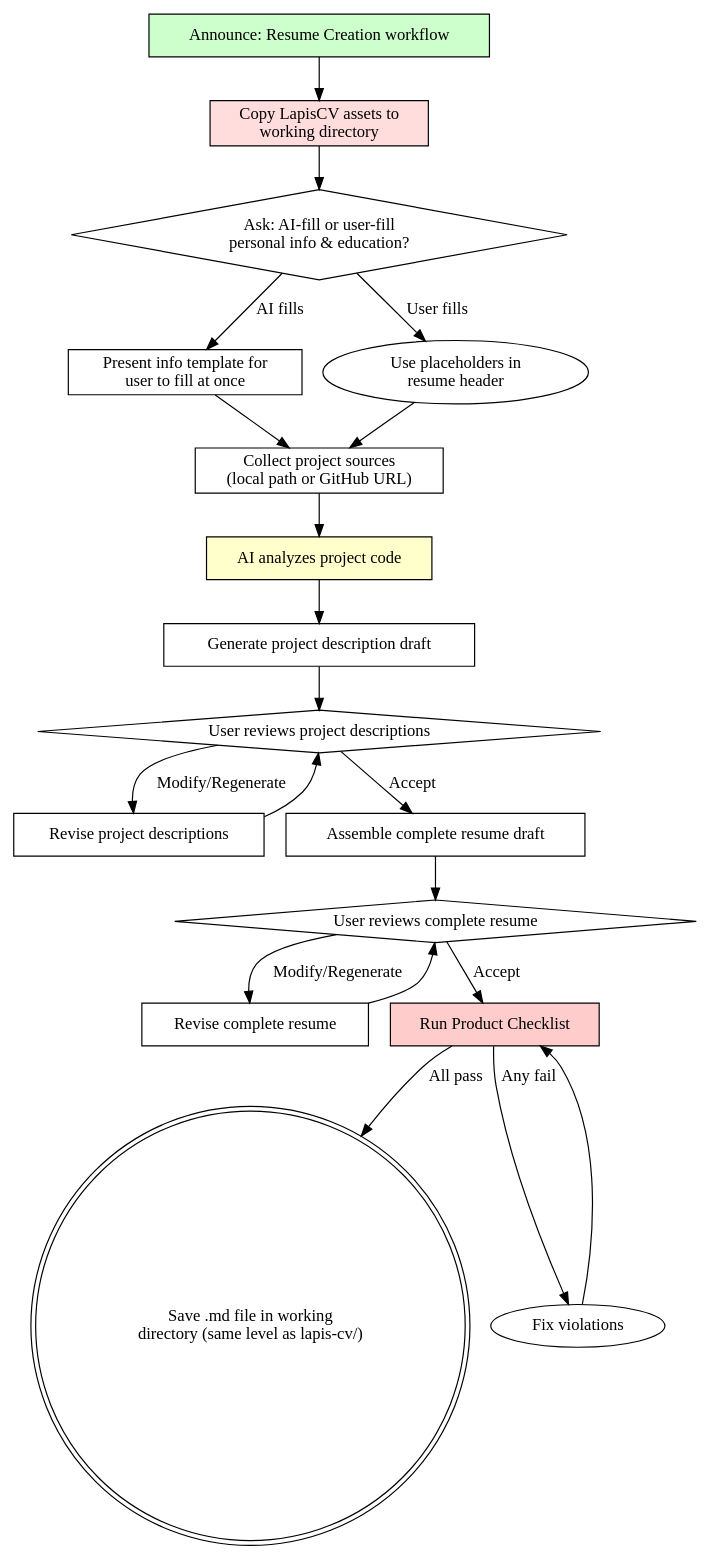
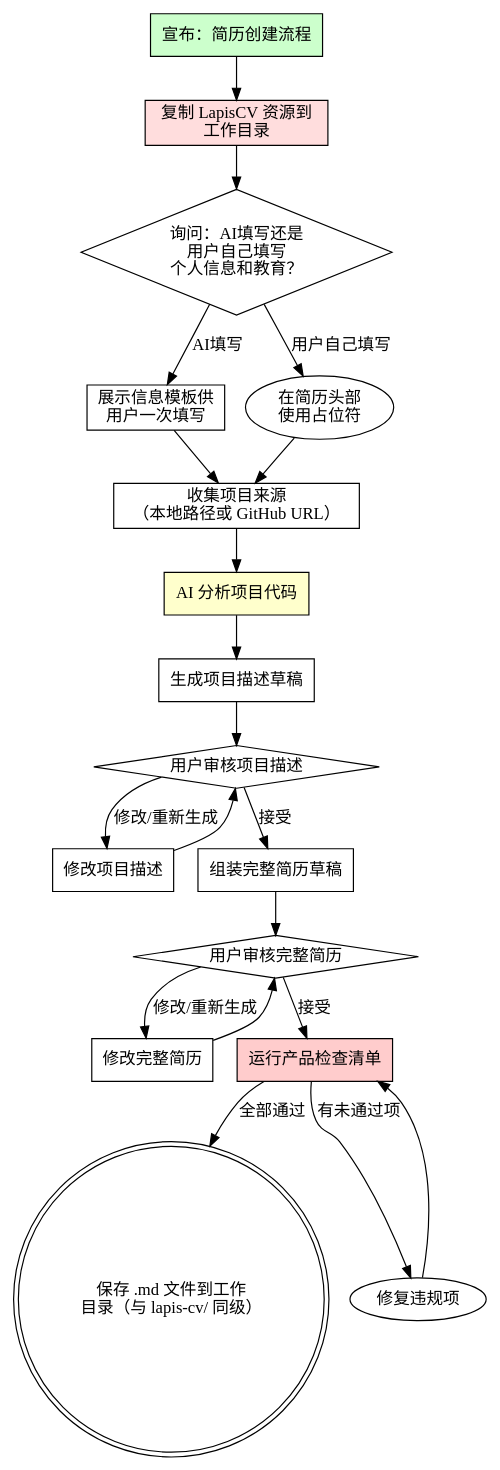
Before and after one commit to Wood-Q/Mokio-Interview-Skill: the diagram in skills/mokio-interview-skill/resume-creation.md, drawn with Graphviz. The commit also changed other lines of this file and 5 other files, not shown here.

````diff
--- a/skills/mokio-interview-skill/resume-creation.md
+++ b/skills/mokio-interview-skill/resume-creation.md
@@ -27,39 +27,39 @@
 ```dot
 digraph resume_creation {
     rankdir=TB;
-    "Announce: Resume Creation workflow" [shape=box, style=filled, fillcolor="#ccffcc"];
-    "Copy LapisCV assets to\nworking directory" [shape=box, style=filled, fillcolor="#ffdddd"];
-    "Ask: AI-fill or user-fill\npersonal info & education?" [shape=diamond];
-    "Present info template for\nuser to fill at once" [shape=box];
-    "Collect project sources\n(local path or GitHub URL)" [shape=box];
-    "AI analyzes project code" [shape=box, style=filled, fillcolor="#ffffcc"];
-    "Generate project description draft" [shape=box];
-    "User reviews project descriptions" [shape=diamond];
-    "Revise project descriptions" [shape=box];
-    "Assemble complete resume draft" [shape=box];
-    "User reviews complete resume" [shape=diamond];
-    "Revise complete resume" [shape=box];
-    "Run Product Checklist" [shape=box, style=filled, fillcolor="#ffcccc"];
-    "Save .md file in working\ndirectory (same level as lapis-cv/)" [shape=doublecircle];
+    "宣布：简历创建流程" [shape=box, style=filled, fillcolor="#ccffcc"];
+    "复制 LapisCV 资源到\n工作目录" [shape=box, style=filled, fillcolor="#ffdddd"];
+    "询问：AI填写还是\n用户自己填写\n个人信息和教育？" [shape=diamond];
+    "展示信息模板供\n用户一次填写" [shape=box];
+    "收集项目来源\n（本地路径或 GitHub URL）" [shape=box];
+    "AI 分析项目代码" [shape=box, style=filled, fillcolor="#ffffcc"];
+    "生成项目描述草稿" [shape=box];
+    "用户审核项目描述" [shape=diamond];
+    "修改项目描述" [shape=box];
+    "组装完整简历草稿" [shape=box];
+    "用户审核完整简历" [shape=diamond];
+    "修改完整简历" [shape=box];
+    "运行产品检查清单" [shape=box, style=filled, fillcolor="#ffcccc"];
+    "保存 .md 文件到工作\n目录（与 lapis-cv/ 同级）" [shape=doublecircle];
 
-    "Announce: Resume Creation workflow" -> "Copy LapisCV assets to\nworking directory";
-    "Copy LapisCV assets to\nworking directory" -> "Ask: AI-fill or user-fill\npersonal info & education?";
-    "Ask: AI-fill or user-fill\npersonal info & education?" -> "Present info template for\nuser to fill at once" [label="AI fills"];
-    "Ask: AI-fill or user-fill\npersonal info & education?" -> "Use placeholders in\nresume header" [label="User fills"];
-    "Present info template for\nuser to fill at once" -> "Collect project sources\n(local path or GitHub URL)";
-    "Use placeholders in\nresume header" -> "Collect project sources\n(local path or GitHub URL)";
-    "Collect project sources\n(local path or GitHub URL)" -> "AI analyzes project code";
-    "AI analyzes project code" -> "Generate project description draft";
-    "Generate project description draft" -> "User reviews project descriptions";
-    "User reviews project descriptions" -> "Revise project descriptions" [label="Modify/Regenerate"];
-    "User reviews project descriptions" -> "Assemble complete resume draft" [label="Accept"];
-    "Revise project descriptions" -> "User reviews project descriptions";
-    "Assemble complete resume draft" -> "User reviews complete resume";
-    "User reviews complete resume" -> "Revise complete resume" [label="Modify/Regenerate"];
-    "User reviews complete resume" -> "Run Product Checklist" [label="Accept"];
-    "Revise complete resume" -> "User reviews complete resume";
-    "Run Product Checklist" -> "Save .md file in working\ndirectory (same level as lapis-cv/)" [label="All pass"];
-    "Run Product Checklist" -> "Fix violations" [label="Any fail"];
-    "Fix violations" -> "Run Product Checklist";
+    "宣布：简历创建流程" -> "复制 LapisCV 资源到\n工作目录";
+    "复制 LapisCV 资源到\n工作目录" -> "询问：AI填写还是\n用户自己填写\n个人信息和教育？";
+    "询问：AI填写还是\n用户自己填写\n个人信息和教育？" -> "展示信息模板供\n用户一次填写" [label="AI填写"];
+    "询问：AI填写还是\n用户自己填写\n个人信息和教育？" -> "在简历头部\n使用占位符" [label="用户自己填写"];
+    "展示信息模板供\n用户一次填写" -> "收集项目来源\n（本地路径或 GitHub URL）";
+    "在简历头部\n使用占位符" -> "收集项目来源\n（本地路径或 GitHub URL）";
+    "收集项目来源\n（本地路径或 GitHub URL）" -> "AI 分析项目代码";
+    "AI 分析项目代码" -> "生成项目描述草稿";
+    "生成项目描述草稿" -> "用户审核项目描述";
+    "用户审核项目描述" -> "修改项目描述" [label="修改/重新生成"];
+    "用户审核项目描述" -> "组装完整简历草稿" [label="接受"];
+    "修改项目描述" -> "用户审核项目描述";
+    "组装完整简历草稿" -> "用户审核完整简历";
+    "用户审核完整简历" -> "修改完整简历" [label="修改/重新生成"];
+    "用户审核完整简历" -> "运行产品检查清单" [label="接受"];
+    "修改完整简历" -> "用户审核完整简历";
+    "运行产品检查清单" -> "保存 .md 文件到工作\n目录（与 lapis-cv/ 同级）" [label="全部通过"];
+    "运行产品检查清单" -> "修复违规项" [label="有未通过项"];
+    "修复违规项" -> "运行产品检查清单";
 }
 ```
````
